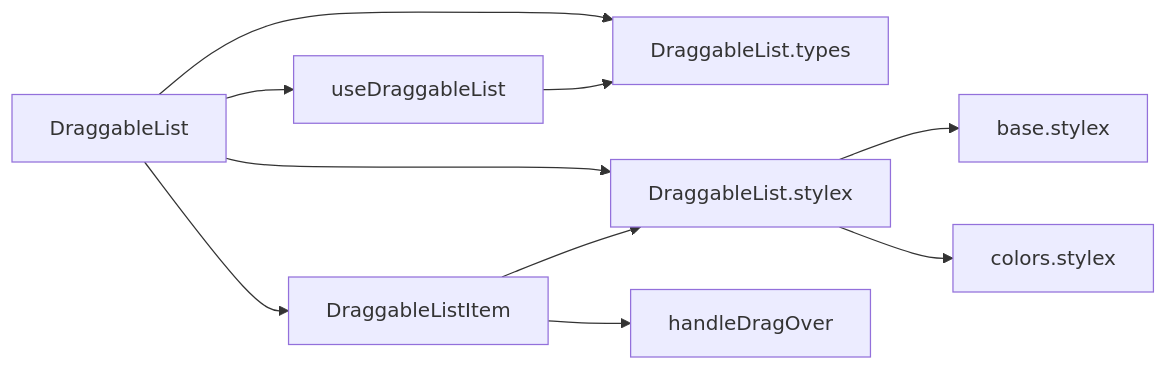
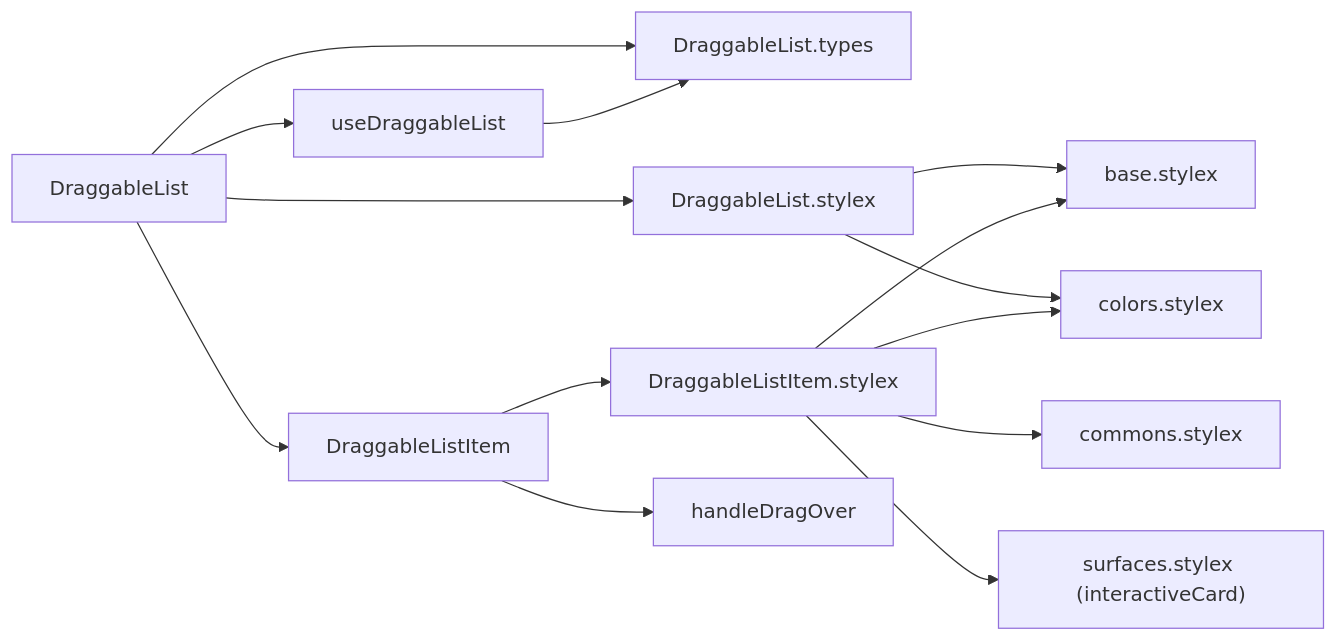
One commit to luciocabrera/lcabrera-stack changed the first of 3 diagrams in packages/ui/src/components/DraggableList/ARCHITECTURE.md. Above: the diagram before and after it, drawn with Mermaid. The commit also changed other lines of this file and 11 other files, not shown here.

First line of the commit message:
feat(ui): one shared interactive card surface for rows and option cards (#485)

````diff
--- a/packages/ui/src/components/DraggableList/ARCHITECTURE.md
+++ b/packages/ui/src/components/DraggableList/ARCHITECTURE.md
@@ -28,15 +29,20 @@
 ```mermaid
 graph LR
   DraggableList --> DraggableList.types
   DraggableList --> DraggableList.stylex
   DraggableList --> useDraggableList
   DraggableList --> DraggableListItem
 
-  DraggableListItem --> DraggableList.stylex
+  DraggableListItem --> DraggableListItem.stylex
   DraggableListItem --> handleDragOver
 
   useDraggableList --> DraggableList.types
 
   DraggableList.stylex --> base.stylex
   DraggableList.stylex --> colors.stylex
+
+  DraggableListItem.stylex --> base.stylex
+  DraggableListItem.stylex --> colors.stylex
+  DraggableListItem.stylex --> commons.stylex
+  DraggableListItem.stylex --> surfaces["surfaces.stylex (interactiveCard)"]
 ```
````
